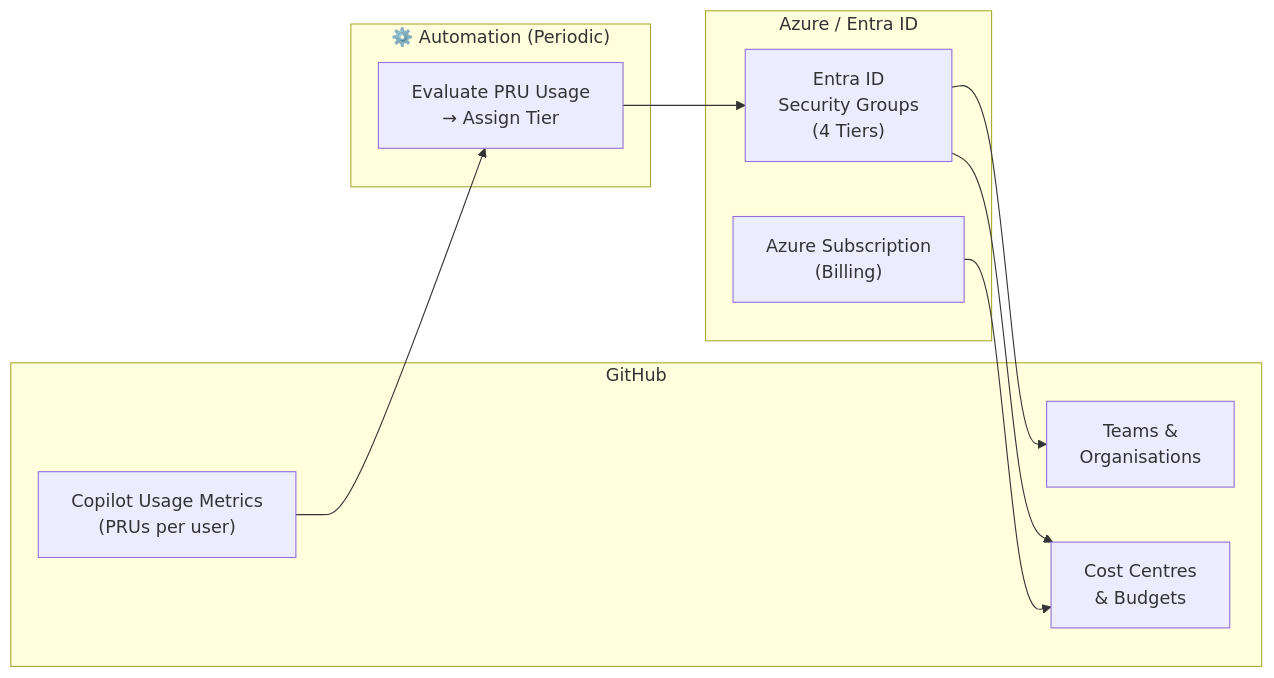
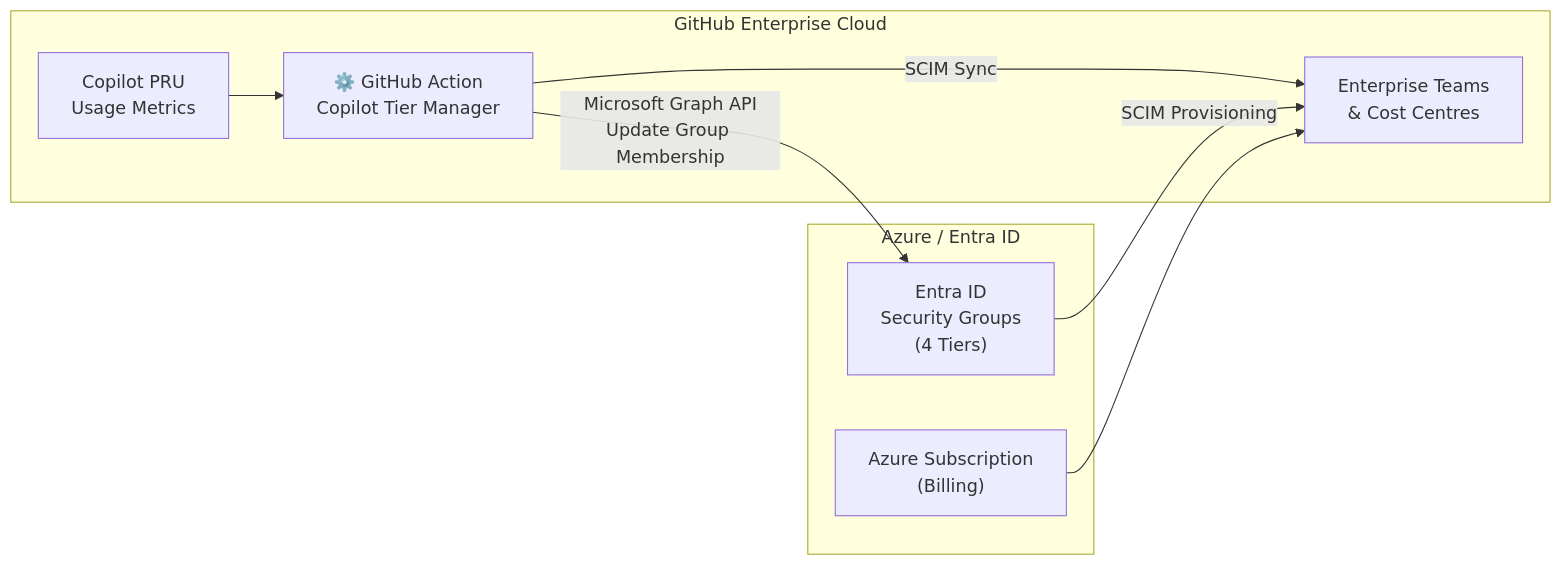
Before and after one commit to ewega/copilot-tier-manager: the second of 2 diagrams in README.md, drawn with Mermaid. The commit also changed other lines of this file and 2 other files, not shown here.

Commit message:
Add setup guides, update architecture diagram
- setup/azure-entra-id-setup.md: Full guide + automated az CLI script
  for app registration, Entra ID groups, SCIM sync, enterprise teams
- setup/github-cost-centers-and-budgets.md: Full guide + automated gh
  CLI script for cost centers and budgets
- Update 'How It Works' Mermaid to show GitHub Action within GitHub
  calling out to Azure/Entra ID via Graph API

````diff
--- a/README.md
+++ b/README.md
@@ -37,20 +37,19 @@
 ```mermaid
 flowchart LR
-    subgraph GitHub["GitHub"]
-        U["Copilot Usage Metrics<br>(PRUs per user)"]
-        CC["Cost Centres<br>& Budgets"]
-        T["Teams &<br>Organisations"]
+    subgraph GitHub["GitHub Enterprise Cloud"]
+        U["Copilot PRU<br>Usage Metrics"]
+        A["⚙️ GitHub Action<br>Copilot Tier Manager"]
+        T["Enterprise Teams<br>& Cost Centres"]
+        U --> A
+        A -->|"SCIM Sync"| T
     end
-    subgraph Auto["⚙️ Automation (Periodic)"]
-        E["Evaluate PRU Usage<br>→ Assign Tier"]
-    end
+
     subgraph Azure["Azure / Entra ID"]
         G["Entra ID<br>Security Groups<br>(4 Tiers)"]
         S["Azure Subscription<br>(Billing)"]
     end
-    U --> E
-    E --> G
-    G --> T
-    G --> CC
-    S --> CC
+
+    A -->|"Microsoft Graph API<br>Update Group Membership"| G
+    G -->|"SCIM Provisioning"| T
+    S --> T
 ```
````
